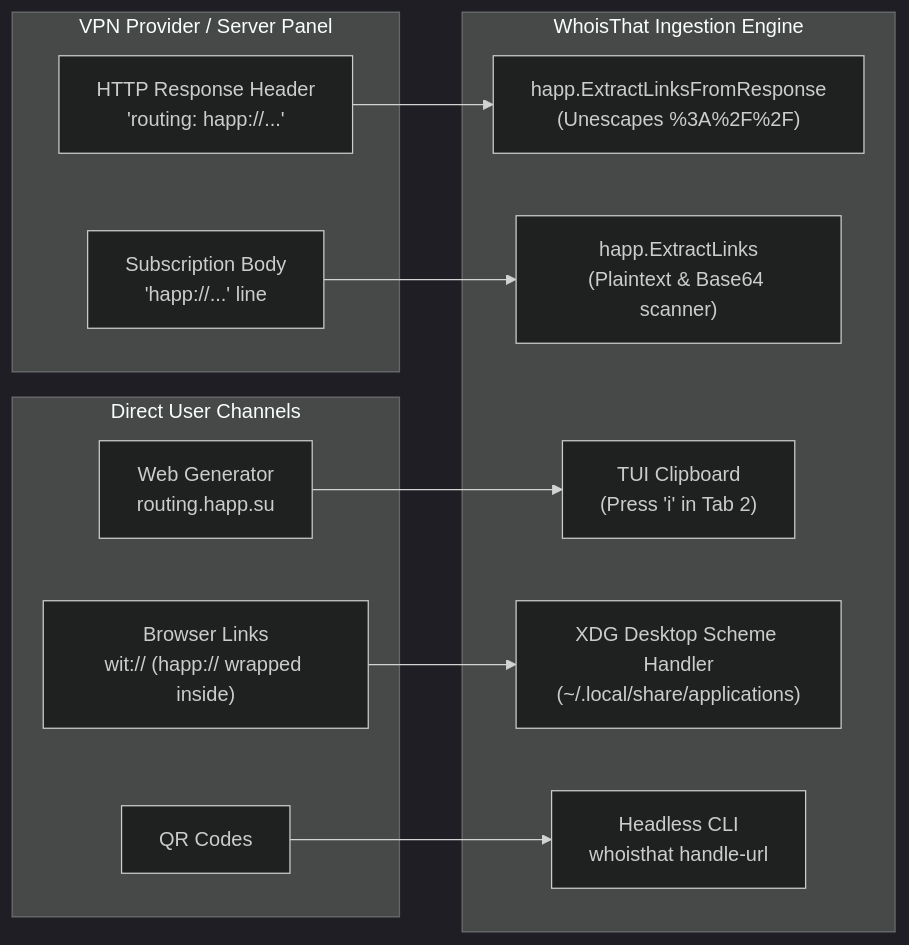
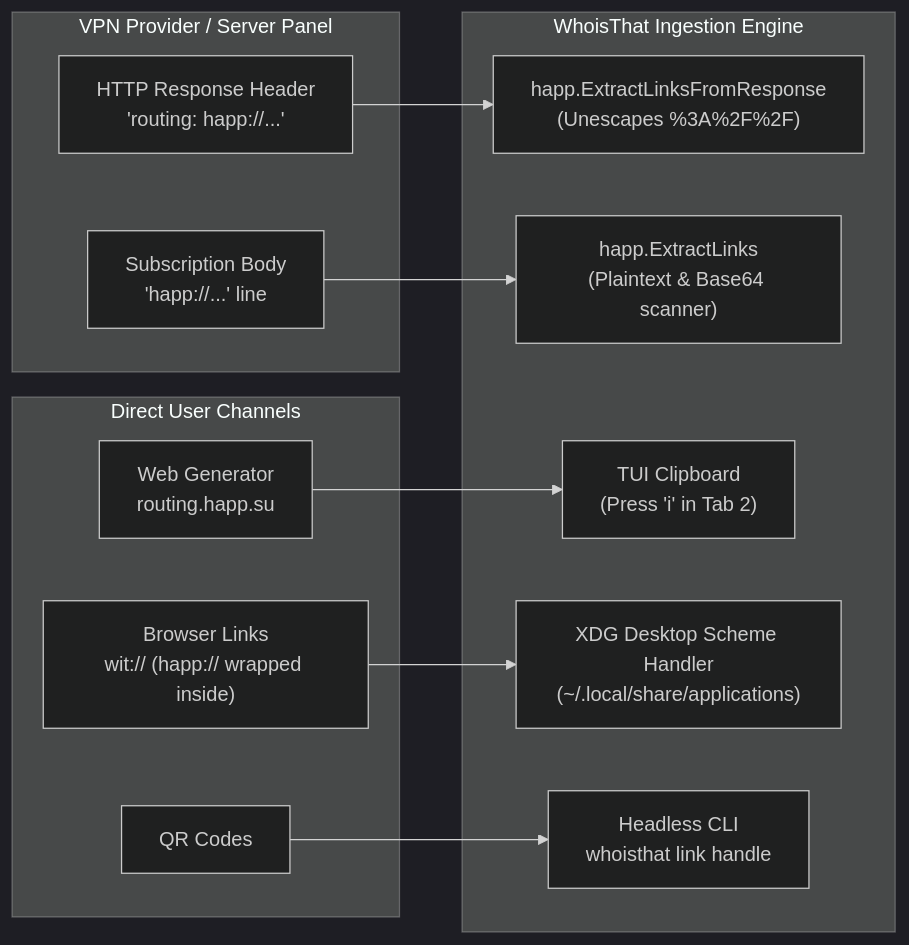
One commit to kvunoff/whoisthat changed the second of 2 diagrams in docs/networking/happ-routing.md. Above: the diagram before and after it, drawn with Mermaid (dark theme). The commit also changed other lines of this file and 22 other files, not shown here.

````diff
--- a/docs/networking/happ-routing.md
+++ b/docs/networking/happ-routing.md
@@ -63,25 +63,25 @@
 ```mermaid
 graph LR
     subgraph Provider["VPN Provider / Server Panel"]
         S1["HTTP Response Header\n'routing: happ://...'"]
         S2["Subscription Body\n'happ://...' line"]
     end
     subgraph Direct["Direct User Channels"]
         D1["Web Generator\nrouting.happ.su"]
         D2["Browser Links\nwit:// (happ:// wrapped inside)"]
         D3["QR Codes"]
     end
     subgraph Client["WhoisThat Ingestion Engine"]
         W1["happ.ExtractLinksFromResponse\n(Unescapes %3A%2F%2F)"]
         W2["happ.ExtractLinks\n(Plaintext & Base64 scanner)"]
         W3["TUI Clipboard\n(Press 'i' in Tab 2)"]
         W4["XDG Desktop Scheme Handler\n(~/.local/share/applications)"]
-        W5["Headless CLI\nwhoisthat handle-url"]
+        W5["Headless CLI\nwhoisthat link handle"]
     end
 
     S1 --> W1
     S2 --> W2
     D1 --> W3
     D2 --> W4
     D3 --> W5
 ```
````
